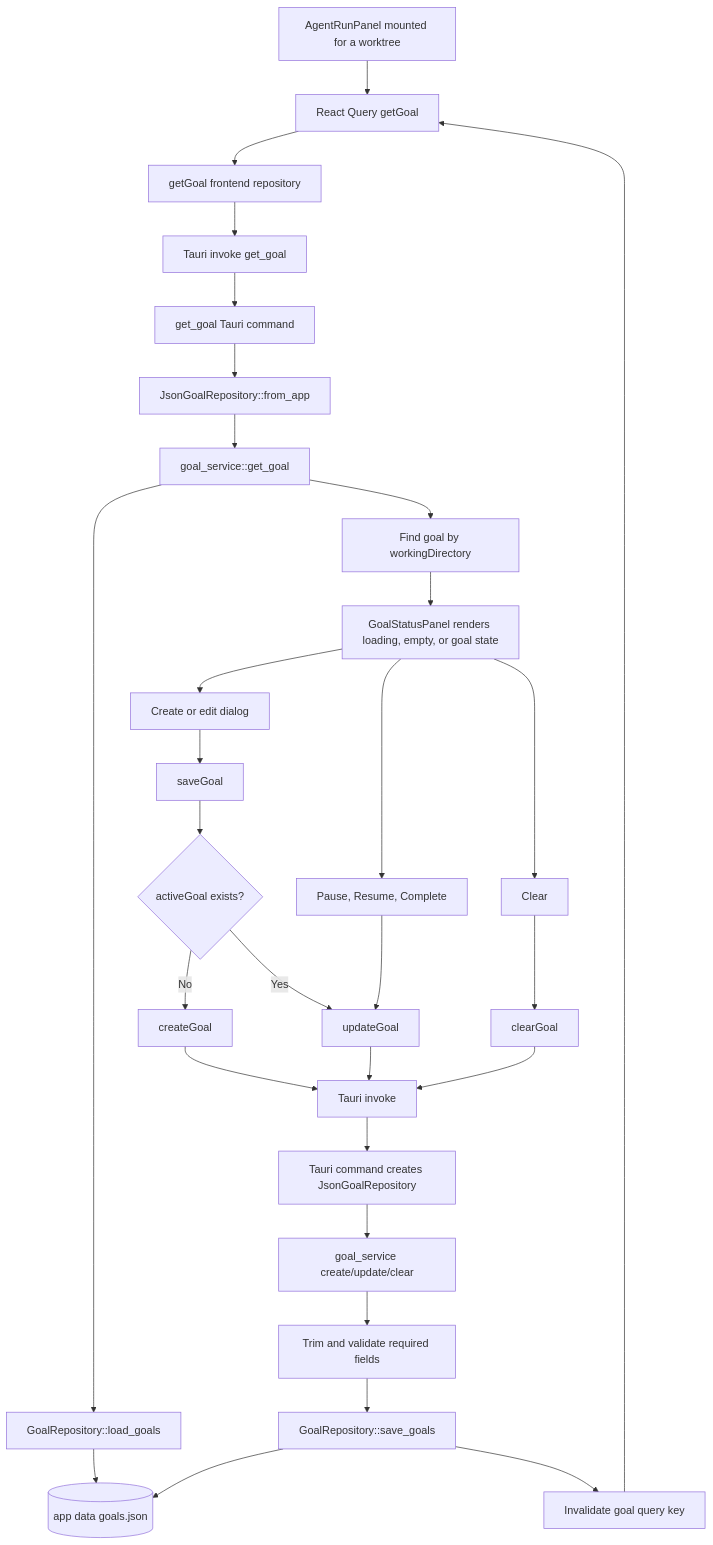
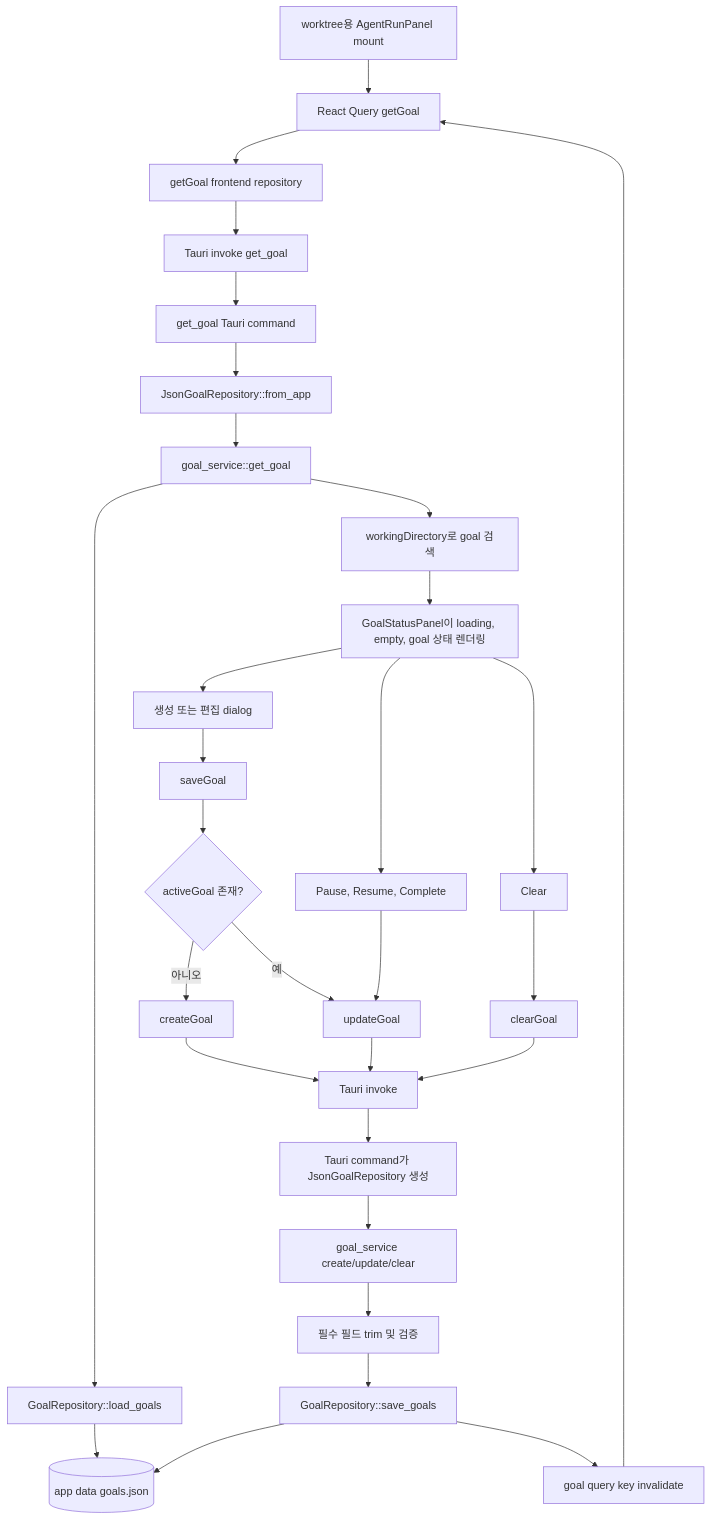
One commit to yoophi/agentic-workbench changed the diagram in docs/goal-feature-implementation.md. Above: the diagram before and after it, drawn with Mermaid. The commit also changed other lines of this file, not shown here.

Commit message:
Translate goal feature documentation to Korean

````diff
--- a/docs/goal-feature-implementation.md
+++ b/docs/goal-feature-implementation.md
@@ -13,34 +12,34 @@
 ```mermaid
 flowchart TD
-  Panel[AgentRunPanel mounted for a worktree] --> Query[React Query getGoal]
+  Panel[worktree용 AgentRunPanel mount] --> Query[React Query getGoal]
   Query --> Api[getGoal frontend repository]
   Api --> Invoke[Tauri invoke get_goal]
   Invoke --> Command[get_goal Tauri command]
   Command --> Repo[JsonGoalRepository::from_app]
   Repo --> Service[goal_service::get_goal]
   Service --> Load[GoalRepository::load_goals]
   Load --> File[(app data goals.json)]
-  Service --> Match[Find goal by workingDirectory]
-  Match --> UI[GoalStatusPanel renders loading, empty, or goal state]
+  Service --> Match[workingDirectory로 goal 검색]
+  Match --> UI[GoalStatusPanel이 loading, empty, goal 상태 렌더링]
 
-  UI --> Create[Create or edit dialog]
+  UI --> Create[생성 또는 편집 dialog]
   Create --> Save[saveGoal]
-  Save --> HasGoal{activeGoal exists?}
-  HasGoal -- No --> CreateApi[createGoal]
-  HasGoal -- Yes --> UpdateApi[updateGoal]
+  Save --> HasGoal{activeGoal 존재?}
+  HasGoal -- 아니오 --> CreateApi[createGoal]
+  HasGoal -- 예 --> UpdateApi[updateGoal]
   UI --> Status[Pause, Resume, Complete]
   Status --> UpdateApi
   UI --> Clear[Clear]
   Clear --> ClearApi[clearGoal]
 
   CreateApi --> MutateInvoke[Tauri invoke]
   UpdateApi --> MutateInvoke
   ClearApi --> MutateInvoke
-  MutateInvoke --> MutateCommand[Tauri command creates JsonGoalRepository]
+  MutateInvoke --> MutateCommand[Tauri command가 JsonGoalRepository 생성]
   MutateCommand --> MutateService[goal_service create/update/clear]
-  MutateService --> Validate[Trim and validate required fields]
+  MutateService --> Validate[필수 필드 trim 및 검증]
   Validate --> SaveFile[GoalRepository::save_goals]
   SaveFile --> File
-  SaveFile --> Invalidate[Invalidate goal query key]
+  SaveFile --> Invalidate[goal query key invalidate]
   Invalidate --> Query
 ```
````
